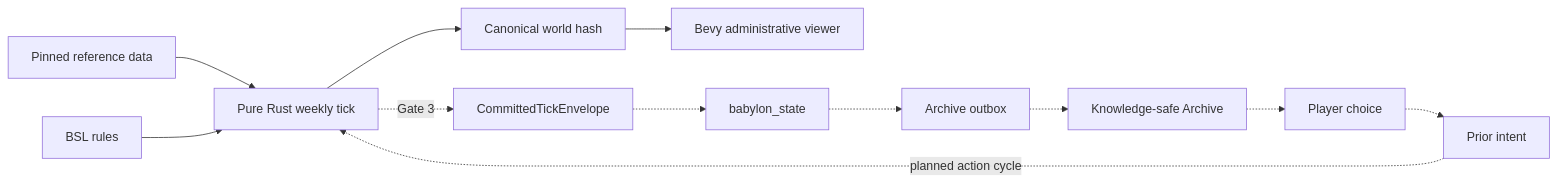
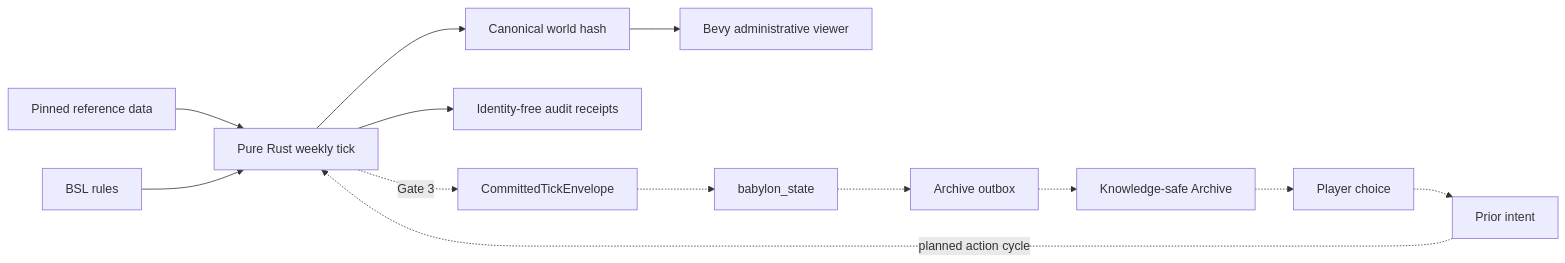
The diagram in NORTH_STAR.md (percy-raskova/babylon), drawn with Mermaid before and after one commit. The commit also changed other lines of this file and 113 other files, not shown here.

````diff
--- a/NORTH_STAR.md
+++ b/NORTH_STAR.md
@@ -71,14 +77,15 @@
 ```mermaid
 flowchart LR
     REF["Pinned reference data"] --> TICK["Pure Rust weekly tick"]
     BSL["BSL rules"] --> TICK
     INTENT["Prior intent"] -. "planned action cycle" .-> TICK
     TICK --> HASH["Canonical world hash"]
+    TICK --> AUDIT["Identity-free audit receipts"]
     HASH --> VIEW["Bevy administrative viewer"]
     TICK -. "Gate 3" .-> ENV["CommittedTickEnvelope"]
     ENV -.-> STATE["babylon_state"]
     STATE -.-> OUTBOX["Archive outbox"]
     OUTBOX -.-> ARCHIVE["Knowledge-safe Archive"]
     ARCHIVE -.-> CHOICE["Player choice"]
     CHOICE -.-> INTENT
 ```
````
